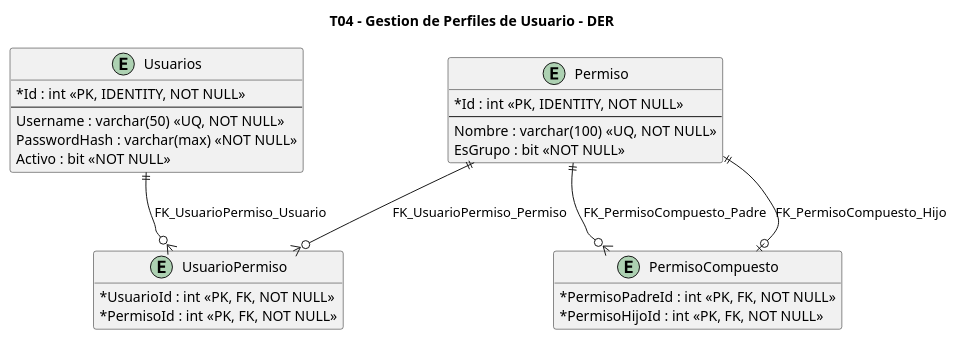
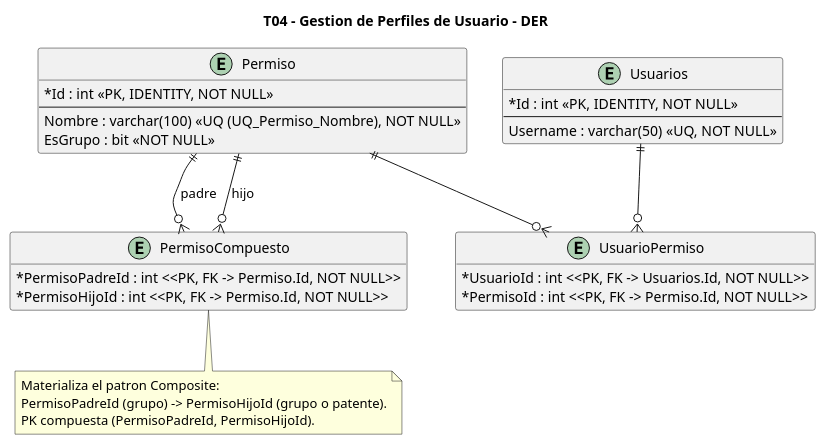
One commit to aggutierrez98/TP-TD changed the diagram in diagramas/T04-perfiles-usuario/T04-perfiles-usuario-datos.puml. Above: the diagram before and after it, drawn with PlantUML. The commit also changed 56 other files, not shown here.

Commit message:
Agregar diagramas

```diff
--- a/diagramas/T04-perfiles-usuario/T04-perfiles-usuario-datos.puml
+++ b/diagramas/T04-perfiles-usuario/T04-perfiles-usuario-datos.puml
@@ -1,38 +1,47 @@
 @startuml
 title T04 - Gestion de Perfiles de Usuario - DER
 
 hide methods
 hide stereotypes
+skinparam backgroundColor white
 skinparam classAttributeIconSize 0
+skinparam shadowing false
+
+entity "Permiso" as Permiso {
+  *Id : int <<PK, IDENTITY, NOT NULL>>
+  --
+  Nombre : varchar(100) <<UQ (UQ_Permiso_Nombre), NOT NULL>>
+  EsGrupo : bit <<NOT NULL>>
+}
+
+entity "PermisoCompuesto" as PermisoCompuesto {
+  *PermisoPadreId : int <<PK, FK -> Permiso.Id, NOT NULL>>
+  *PermisoHijoId : int <<PK, FK -> Permiso.Id, NOT NULL>>
+}
+
+entity "UsuarioPermiso" as UsuarioPermiso {
+  *UsuarioId : int <<PK, FK -> Usuarios.Id, NOT NULL>>
+  *PermisoId : int <<PK, FK -> Permiso.Id, NOT NULL>>
+}
 
 entity "Usuarios" as Usuarios {
   *Id : int <<PK, IDENTITY, NOT NULL>>
   --
   Username : varchar(50) <<UQ, NOT NULL>>
-  PasswordHash : varchar(max) <<NOT NULL>>
-  Activo : bit <<NOT NULL>>
 }
 
-entity "Permiso" as Permiso {
-  *Id : int <<PK, IDENTITY, NOT NULL>>
-  --
-  Nombre : varchar(100) <<UQ, NOT NULL>>
-  EsGrupo : bit <<NOT NULL>>
-}
+' Composite: un Permiso (grupo) contiene otros Permiso (auto-relacion N:M)
+Permiso ||--o{ PermisoCompuesto : padre
+Permiso ||--o{ PermisoCompuesto : hijo
 
-entity "PermisoCompuesto" as PermisoCompuesto {
-  *PermisoPadreId : int <<PK, FK, NOT NULL>>
-  *PermisoHijoId : int <<PK, FK, NOT NULL>>
-}
+' Asignacion de permisos a usuarios (N:M)
+Usuarios ||--o{ UsuarioPermiso
+Permiso  ||--o{ UsuarioPermiso
 
-entity "UsuarioPermiso" as UsuarioPermiso {
-  *UsuarioId : int <<PK, FK, NOT NULL>>
-  *PermisoId : int <<PK, FK, NOT NULL>>
-}
-
-Permiso ||--o{ PermisoCompuesto : FK_PermisoCompuesto_Padre
-Permiso ||--o| PermisoCompuesto : FK_PermisoCompuesto_Hijo
-Usuarios ||--o{ UsuarioPermiso : FK_UsuarioPermiso_Usuario
-Permiso ||--o{ UsuarioPermiso : FK_UsuarioPermiso_Permiso
+note bottom of PermisoCompuesto
+  Materializa el patron Composite:
+  PermisoPadreId (grupo) -> PermisoHijoId (grupo o patente).
+  PK compuesta (PermisoPadreId, PermisoHijoId).
+end note
 
 @enduml
```
